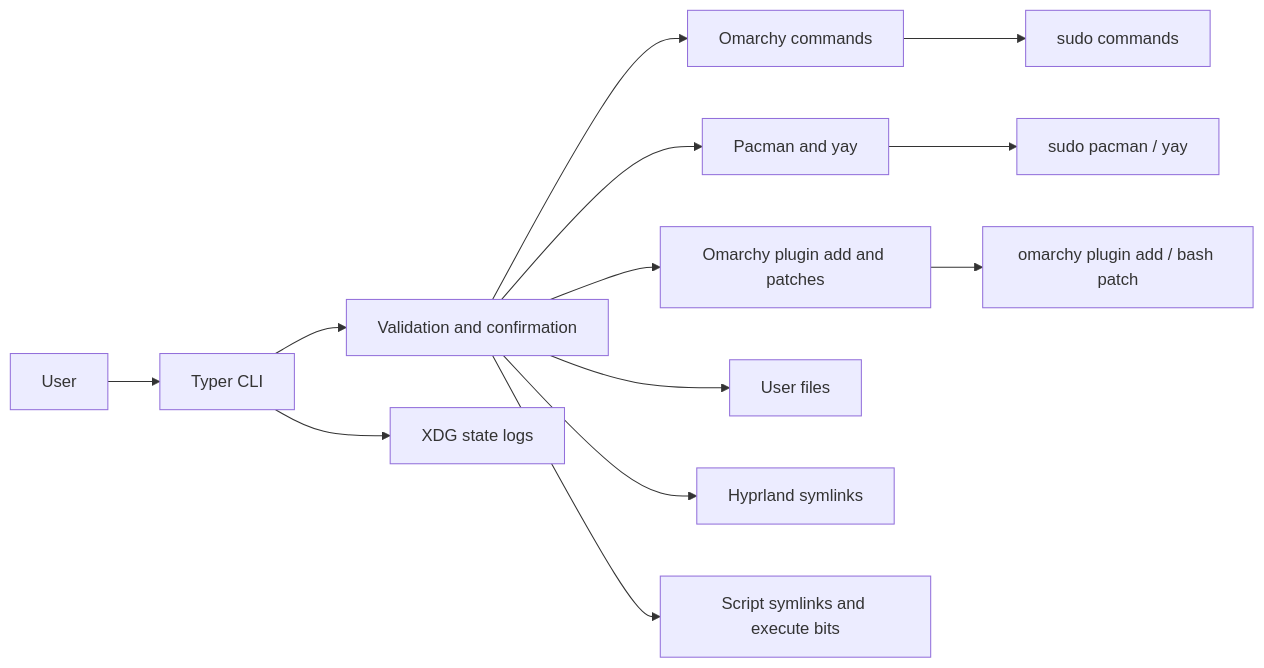
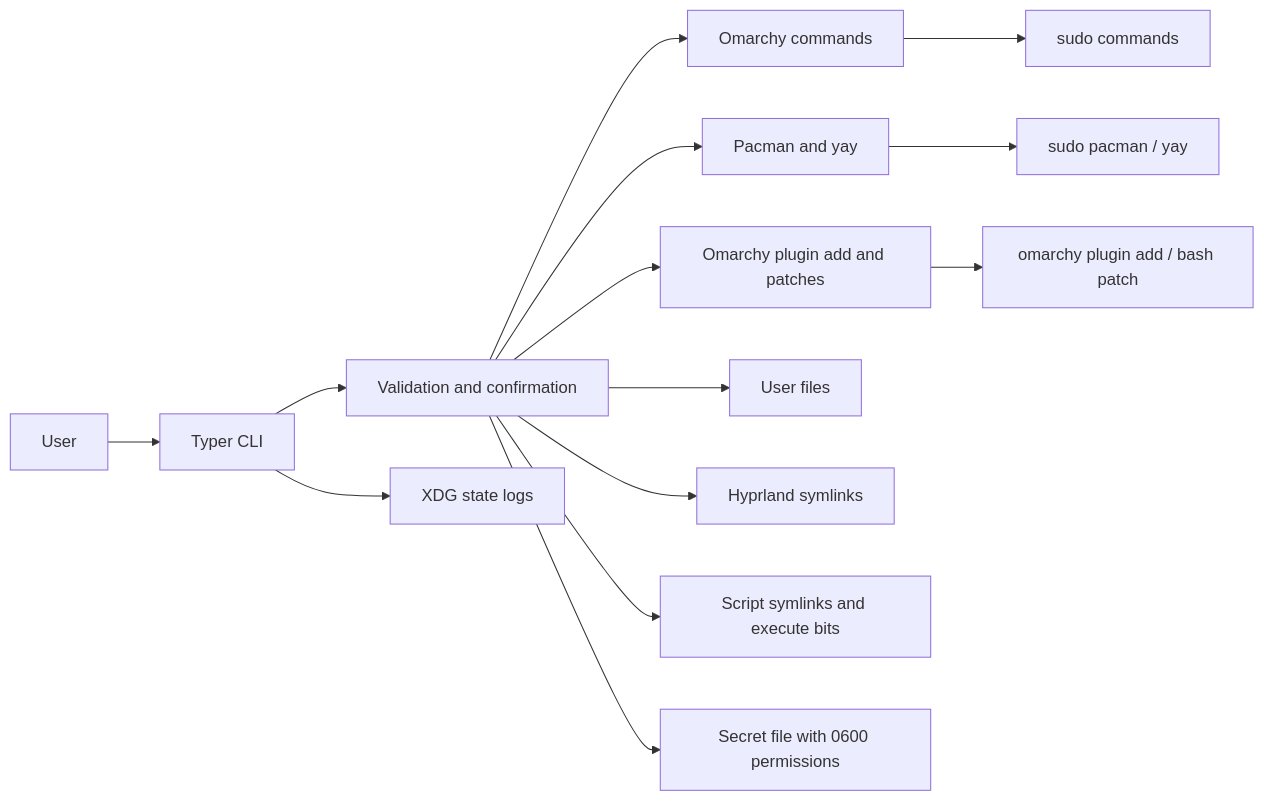
One commit to Armoghans-Organization/Omarchy-Tweaker changed the first of 3 diagrams in docs/security.md. Above: the diagram before and after it, drawn with Mermaid. The commit also changed other lines of this file and 48 other files, not shown here.

````diff
--- a/docs/security.md
+++ b/docs/security.md
@@ -21,15 +21,16 @@
 ```mermaid
 flowchart LR
     U[User] --> CLI[Typer CLI]
     CLI --> V[Validation and confirmation]
     V --> O[Omarchy commands]
     V --> PM[Pacman and yay]
     V --> PL[Omarchy plugin add and patches]
     V --> FS[User files]
     V --> HY[Hyprland symlinks]
     V --> SC[Script symlinks and execute bits]
+    V --> SF[Secret file with 0600 permissions]
     O --> S[sudo commands]
     PM --> P[sudo pacman / yay]
     PL --> Q[omarchy plugin add / bash patch]
     CLI --> L[XDG state logs]
 ```
````
